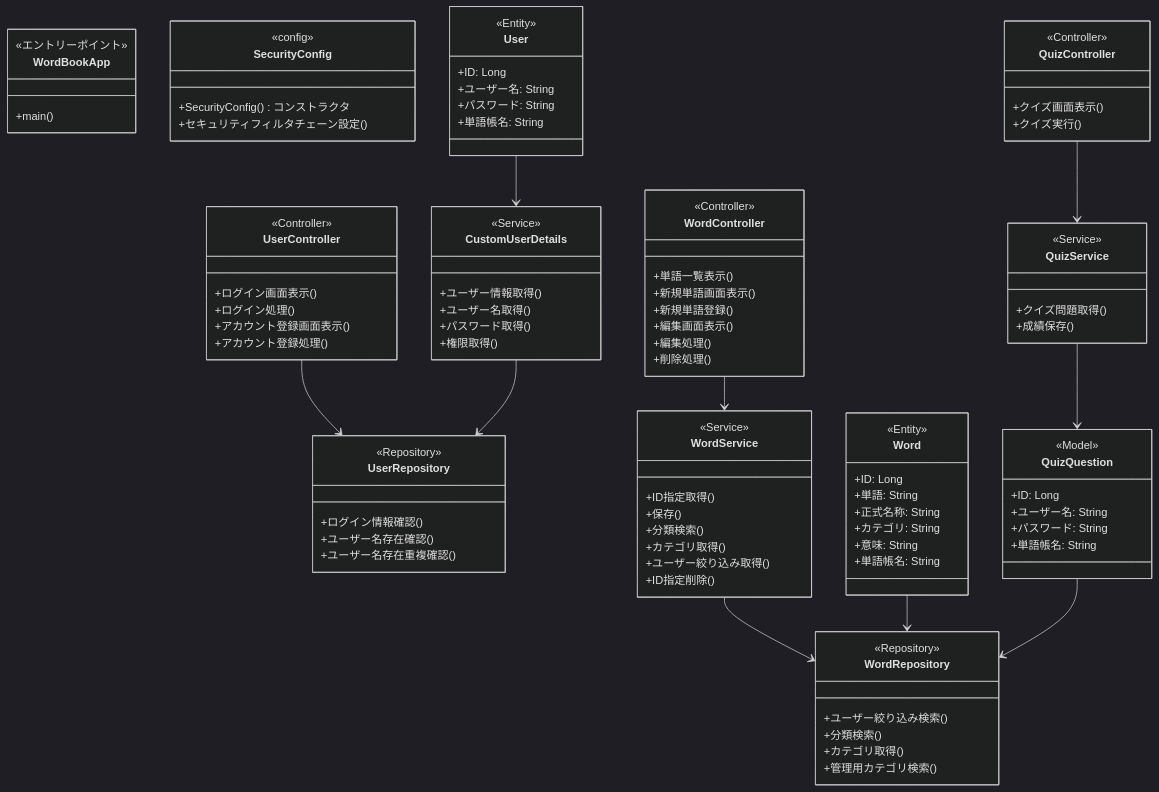
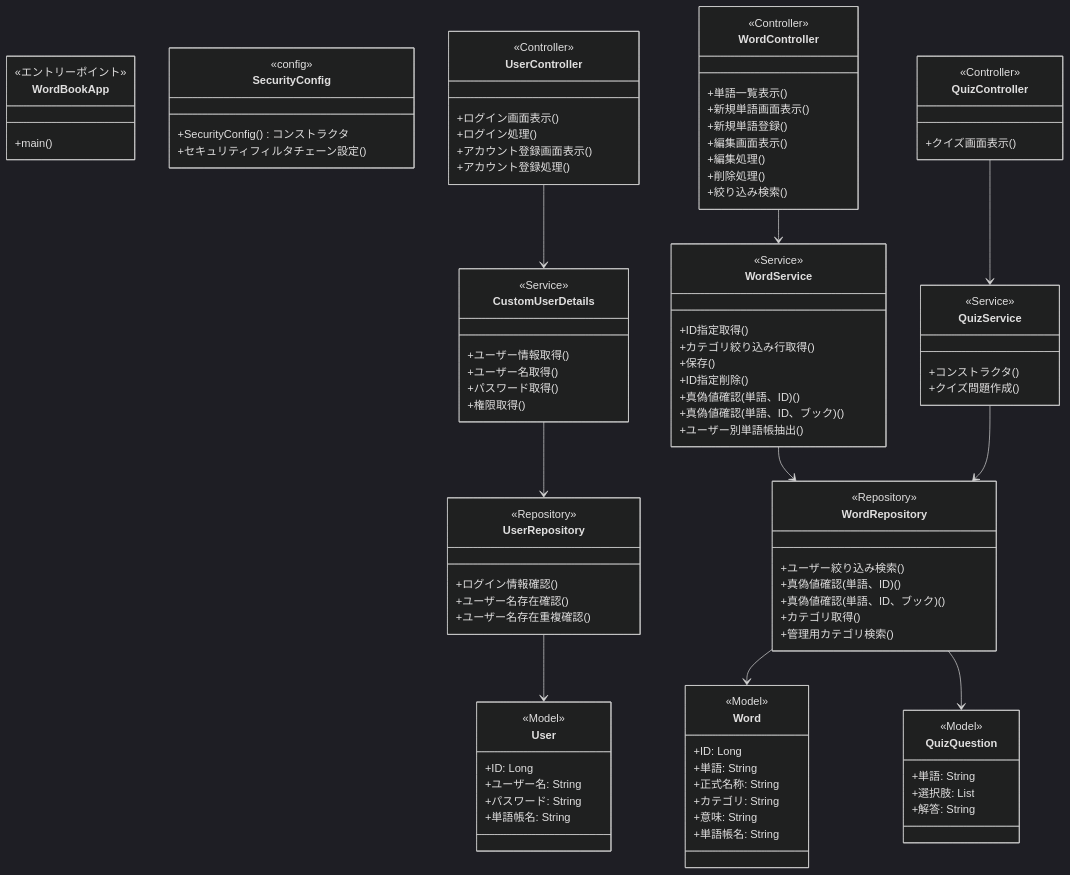
The diagram in WordBook/docs/クラス図.md (1996OH/WordBook), drawn with Mermaid (dark theme) before and after one commit.

Commit message:
CustomUserDetailの位置づけの修正

````diff
--- a/WordBook/docs/クラス図.md
+++ b/WordBook/docs/クラス図.md
@@ -28,12 +28,12 @@
     +編集画面表示()
     +編集処理()
     +削除処理()
+    +絞り込み検索()
 }
 
 class QuizController {
     <<Controller>>
     +クイズ画面表示()
-    +クイズ実行()
 }
 
 class UserRepository {
@@ -46,7 +46,8 @@
 class WordRepository {
     <<Repository>>
     +ユーザー絞り込み検索()
-    +分類検索()
+    +真偽値確認(単語、ID)()
+    +真偽値確認(単語、ID、ブック)()
     +カテゴリ取得()
     +管理用カテゴリ検索()
 }
@@ -54,25 +55,25 @@
 class WordService {
     <<Service>>
     +ID指定取得()
+    +カテゴリ絞り込み行取得()
     +保存()
-    +分類検索()
-    +カテゴリ取得()
-    +ユーザー絞り込み取得()
     +ID指定削除()
+    +真偽値確認(単語、ID)()
+    +真偽値確認(単語、ID、ブック)()
+    +ユーザー別単語帳抽出()
 }
 
 class QuizService {
     <<Service>>
-    +クイズ問題取得()
-    +成績保存()
+    +コンストラクタ()
+    +クイズ問題作成()
 }
 
 class QuizQuestion {
     <<Model>>
-    +ID: Long
-    +ユーザー名: String
-    +パスワード: String
-    +単語帳名: String
+    +単語: String
+    +選択肢: List<String>
+    +解答: String
 }
 
 class CustomUserDetails {
@@ -84,7 +85,7 @@
 }
 
 class User {
-    <<Entity>>
+    <<Model>>
     +ID: Long
     +ユーザー名: String
     +パスワード: String
@@ -92,7 +93,7 @@
 }
 
 class Word {
-    <<Entity>>
+    <<Model>>
     +ID: Long
     +単語: String
     +正式名称: String
@@ -102,13 +103,13 @@
 }
 
 %% 関係（矢印）
-UserController --> UserRepository
+UserController --> CustomUserDetails
 CustomUserDetails --> UserRepository
-User --> CustomUserDetails
+UserRepository --> User
 WordController --> WordService
 WordService --> WordRepository
-Word --> WordRepository
+WordRepository --> Word
 QuizController --> QuizService
-QuizService --> QuizQuestion
-QuizQuestion --> WordRepository
+QuizService --> WordRepository
+WordRepository --> QuizQuestion
 ```
````
